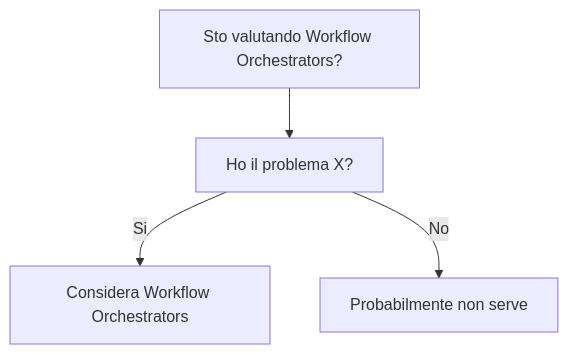
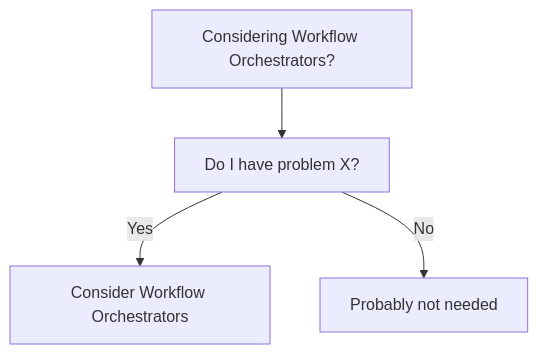
The diagram in dev-wiki/24_Data_Engineering/Workflow_Orchestrators/When_To_Use.md (HxT9/Software-Dev-Wiki), drawn with Mermaid before and after one commit. The commit also changed other lines of this file and 3444 other files, not shown here.

````diff
--- a/dev-wiki/24_Data_Engineering/Workflow_Orchestrators/When_To_Use.md
+++ b/dev-wiki/24_Data_Engineering/Workflow_Orchestrators/When_To_Use.md
@@ -19,6 +19,6 @@
 ```mermaid
 flowchart TD
-  Q[Sto valutando Workflow Orchestrators?] --> Q1[Ho il problema X?]
-  Q1 -->|Si| OK[Considera Workflow Orchestrators]
-  Q1 -->|No| NO[Probabilmente non serve]
+  Q[Considering Workflow Orchestrators?] --> Q1[Do I have problem X?]
+  Q1 -->|Yes| OK[Consider Workflow Orchestrators]
+  Q1 -->|No| NO[Probably not needed]
 ```
````
